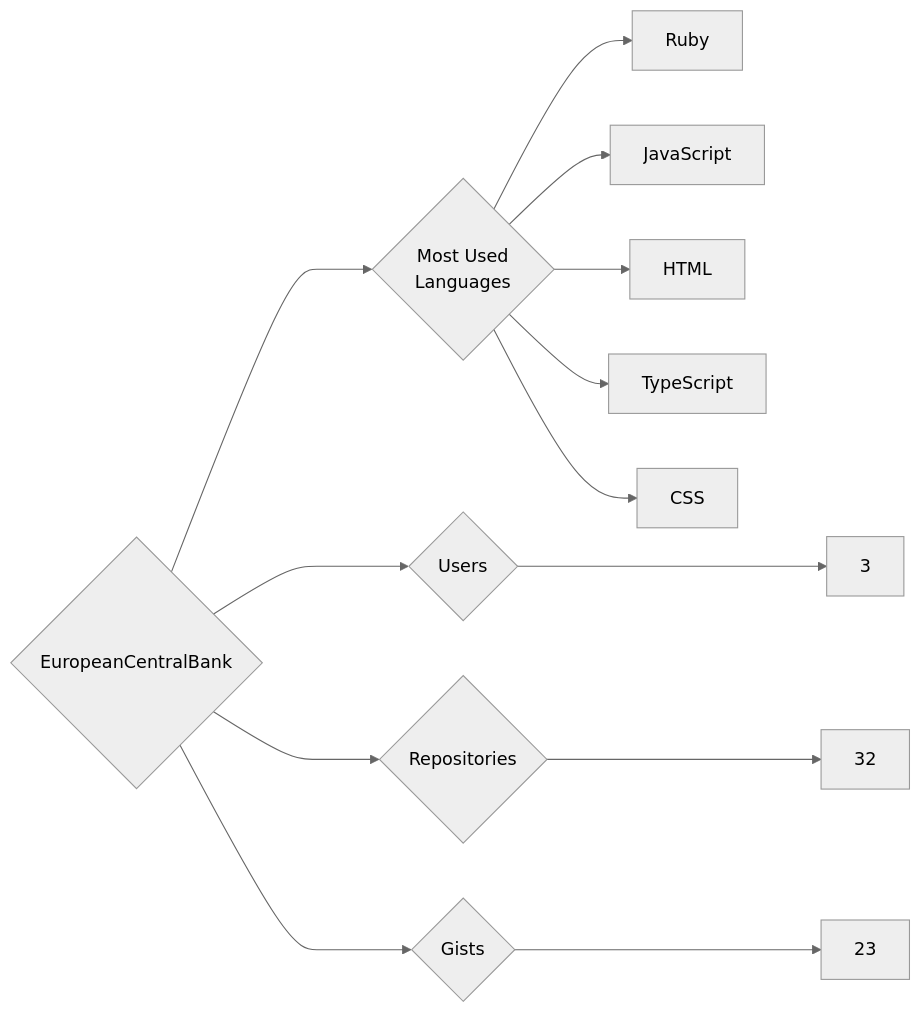
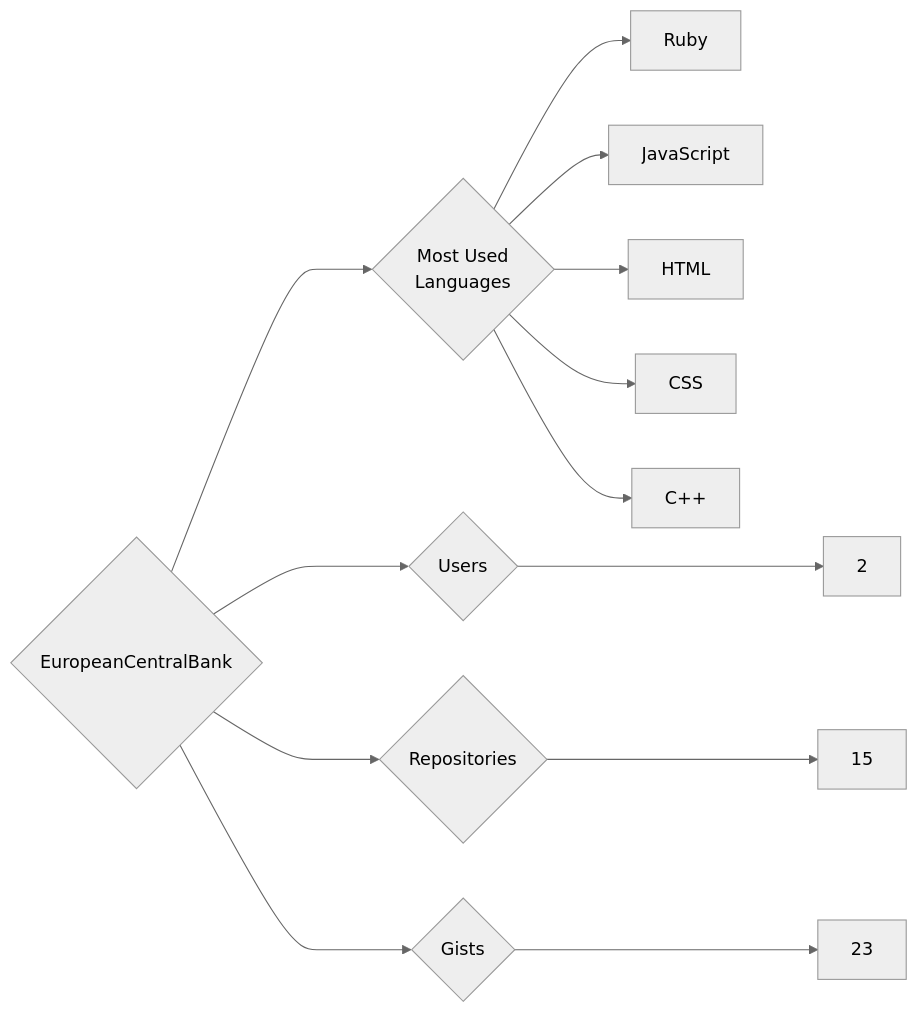
One commit to trickest/insiders changed the diagram in targets/EuropeanCentralBank/README.md. Above: the diagram before and after it, drawn with Mermaid (neutral theme). The commit also changed 815 other files, not shown here.

````diff
--- a/targets/EuropeanCentralBank/README.md
+++ b/targets/EuropeanCentralBank/README.md
@@ -3,13 +3,13 @@
 ```mermaid
 graph LR
 COMPANY_NAME{EuropeanCentralBank}
-COMPANY_NAME ---> U{Users} ---> UN[3]
-COMPANY_NAME ---> R{Repositories} ---> RN[32]
+COMPANY_NAME ---> U{Users} ---> UN[2]
+COMPANY_NAME ---> R{Repositories} ---> RN[15]
 COMPANY_NAME ---> G{Gists} ---> GN[23]
 COMPANY_NAME ---> ML{Most Used<br>Languages}
 ML --> Ruby[Ruby]
 ML --> JavaScript[JavaScript]
 ML --> HTML[HTML]
-ML --> TypeScript[TypeScript]
 ML --> CSS[CSS]
+ML --> C++[C++]
 ```
````
